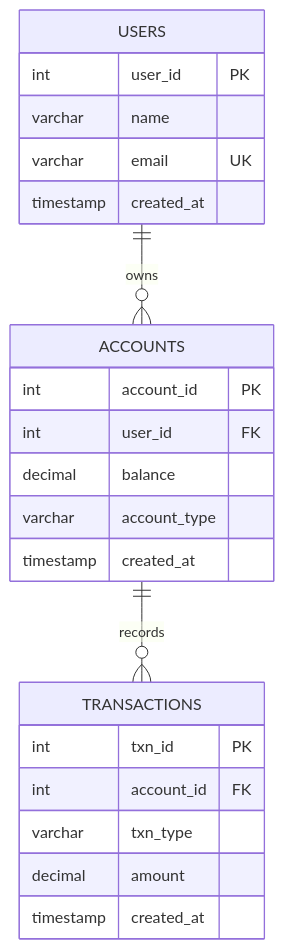
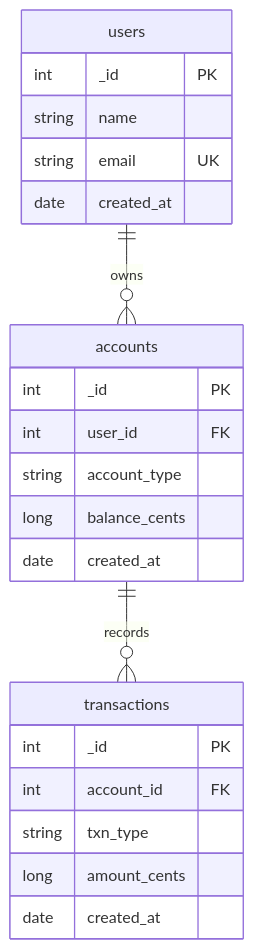
Before and after one commit to GitRaymond-Chen/Simple-Bank-Application: the second of 2 diagrams in README.md, drawn with Mermaid. The commit also changed other lines of this file and 16 other files, not shown here.

````diff
--- a/README.md
+++ b/README.md
@@ -76,25 +81,25 @@
 ```mermaid
 erDiagram
-    USERS ||--o{ ACCOUNTS : owns
-    ACCOUNTS ||--o{ TRANSACTIONS : records
-    USERS {
-        int user_id PK
-        varchar name
-        varchar email UK
-        timestamp created_at
+    users ||--o{ accounts : owns
+    accounts ||--o{ transactions : records
+    users {
+        int _id PK
+        string name
+        string email UK
+        date created_at
     }
-    ACCOUNTS {
-        int account_id PK
+    accounts {
+        int _id PK
         int user_id FK
-        decimal balance
-        varchar account_type
-        timestamp created_at
+        string account_type
+        long balance_cents
+        date created_at
     }
-    TRANSACTIONS {
-        int txn_id PK
+    transactions {
+        int _id PK
         int account_id FK
-        varchar txn_type
-        decimal amount
-        timestamp created_at
+        string txn_type
+        long amount_cents
+        date created_at
     }
 ```
````
